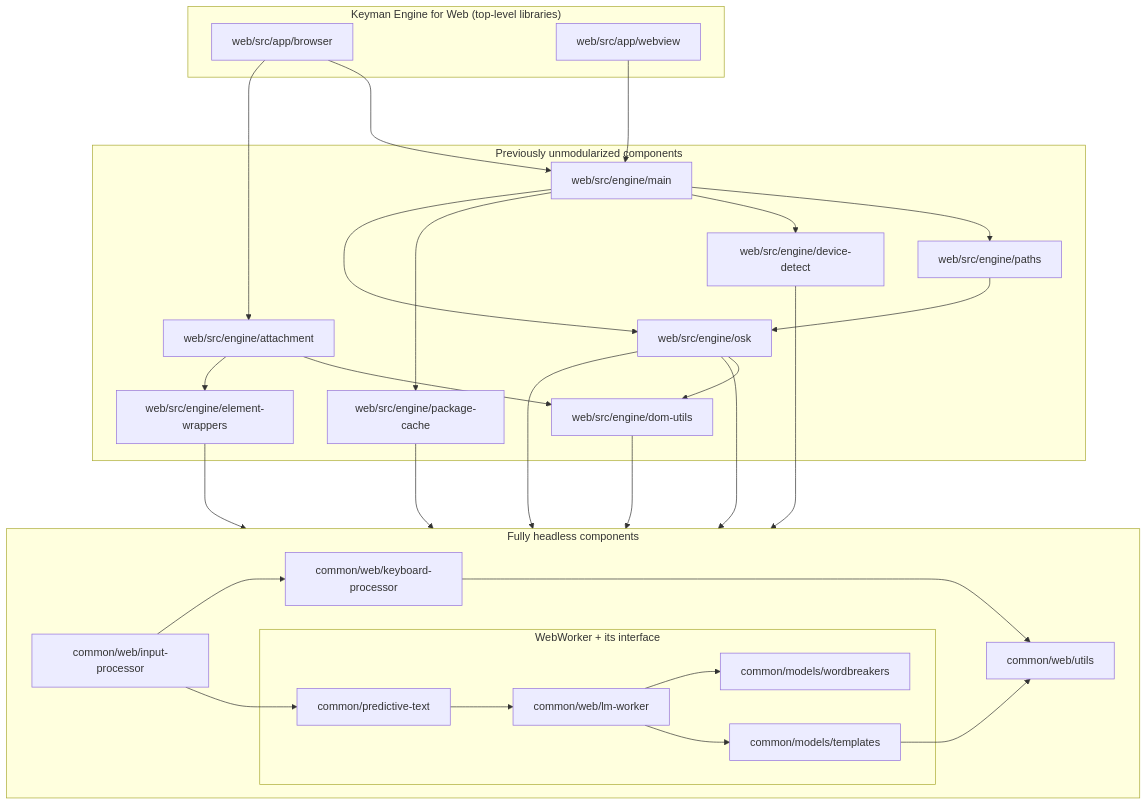
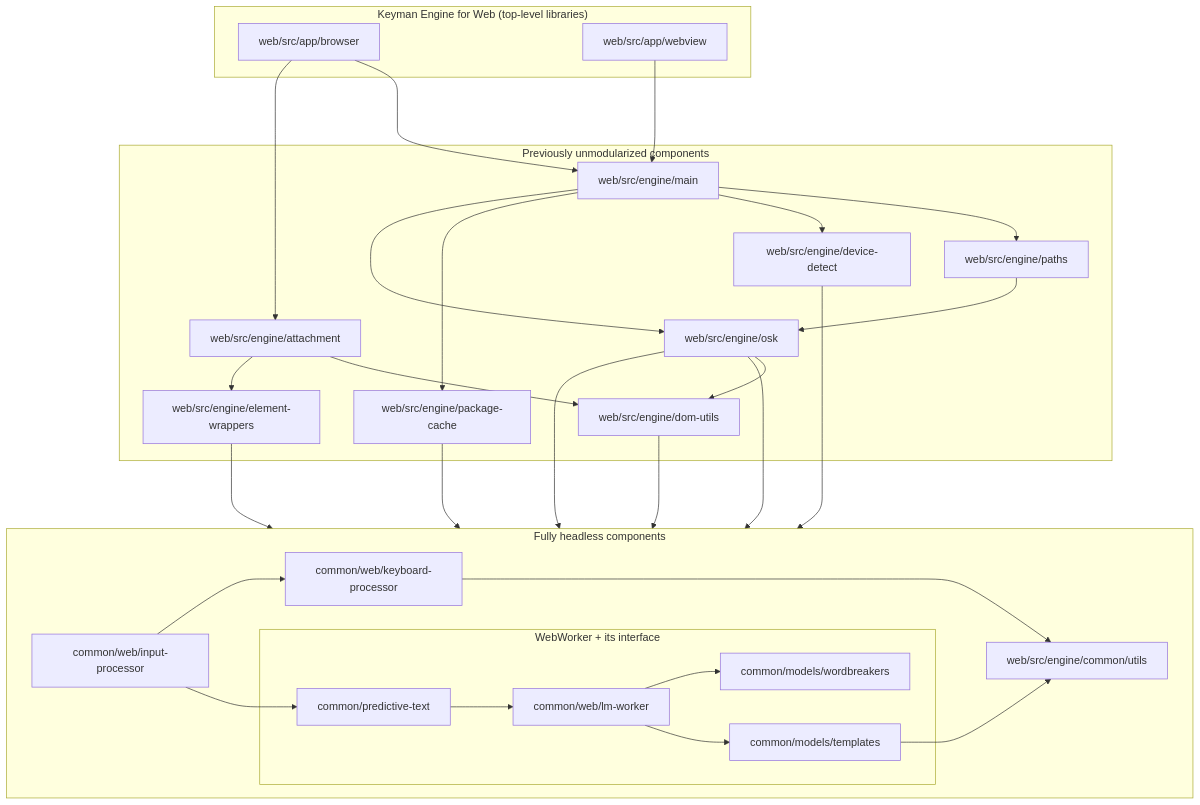
One commit to keymanapp/keyman changed the diagram in web/README.md. Above: the diagram before and after it, drawn with Mermaid. The commit also changed 31 other files, not shown here.

First line of the commit message:
chore(web): move `common/web/utils` → web/src/engine/common/utils/

````diff
--- a/web/README.md
+++ b/web/README.md
@@ -70,67 +70,67 @@
 ```mermaid
 graph TD;
     OSK[web/src/engine/osk];
     KP["common/web/keyboard-processor"];
     IP["common/web/input-processor"];
     OSK-->KP;
     IP-->KP;
-    Utils["common/web/utils"];
-    KP---->Utils;
+    WebUtils["web/src/engine/common/utils"];
+    KP---->WebUtils;
     Wordbreakers["common/models/wordbreakers"];
     Models["common/models/templates"];
-    Models-->Utils;
+    Models-->WebUtils;
     LMWorker["common/web/lm-worker"];
     LMWorker-->Models;
     LMWorker-->Wordbreakers;
     LMLayer["common/predictive-text"];
     LMLayer-->LMWorker;
     IP-->LMLayer;
 
     subgraph PredText["WebWorker + its interface"]
         LMLayer;
         LMWorker;
         Models;
         Wordbreakers;
     end
 
     subgraph Headless["Fully headless components"]
         direction LR
         KP;
         IP;
-        Utils;
+        WebUtils;
         PredText;
     end
 
     subgraph ClassicWeb["Previously unmodularized components"]
         Device[web/src/engine/device-detect];
-        Device----->Utils;
+        Device----->WebUtils;
         Elements[web/src/engine/element-wrappers];
         Elements-->KP;
         KeyboardCache[web/src/engine/package-cache];
         KeyboardCache-->IP;
         DomUtils[web/src/engine/dom-utils];
-        DomUtils-->Utils;
+        DomUtils-->WebUtils;
         OSK-->DomUtils;
         OSK---->IP;
         Configuration[web/src/engine/paths];
         Configuration-->OSK;
         CommonEngine[web/src/engine/main];
         CommonEngine-->Configuration;
         CommonEngine-->Device;
         CommonEngine-->KeyboardCache;
         CommonEngine-->OSK;
         Attachment[web/src/engine/attachment];
         Attachment-->DomUtils;
         Attachment-->Elements;
     end
 
     subgraph WebEngine["Keyman Engine for Web (top-level libraries)"]
         Browser[web/src/app/browser];
         WebView[web/src/app/webview];
 
         WebView--->CommonEngine;
 
         Browser--->CommonEngine;
         Browser-->Attachment;
     end
 ```
````
